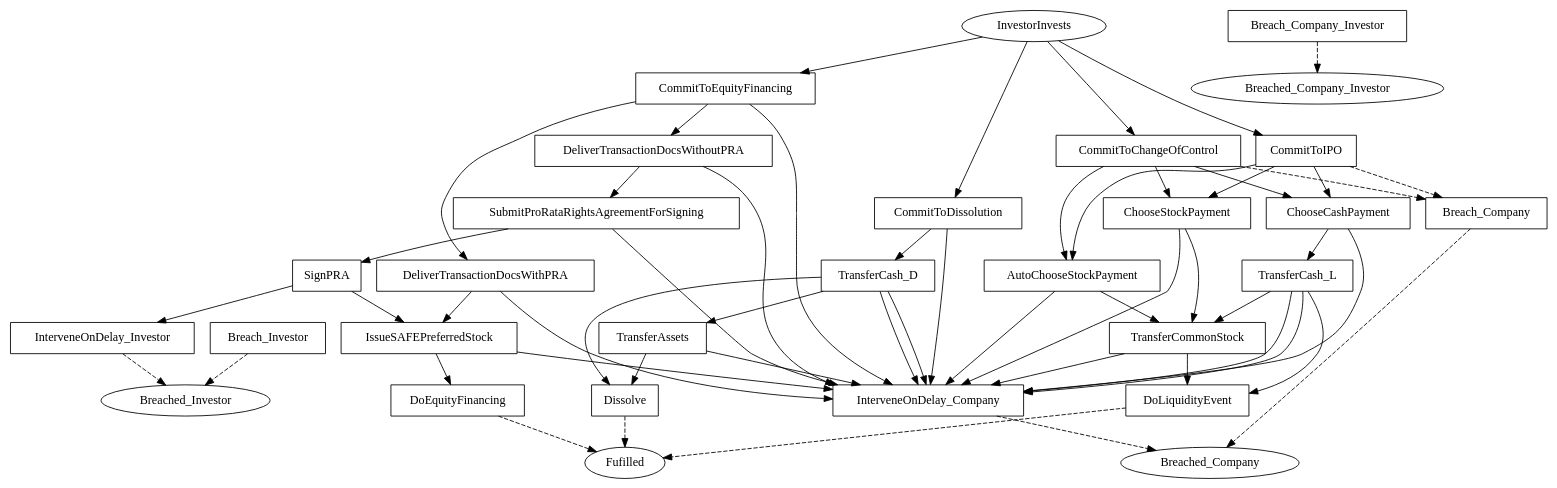
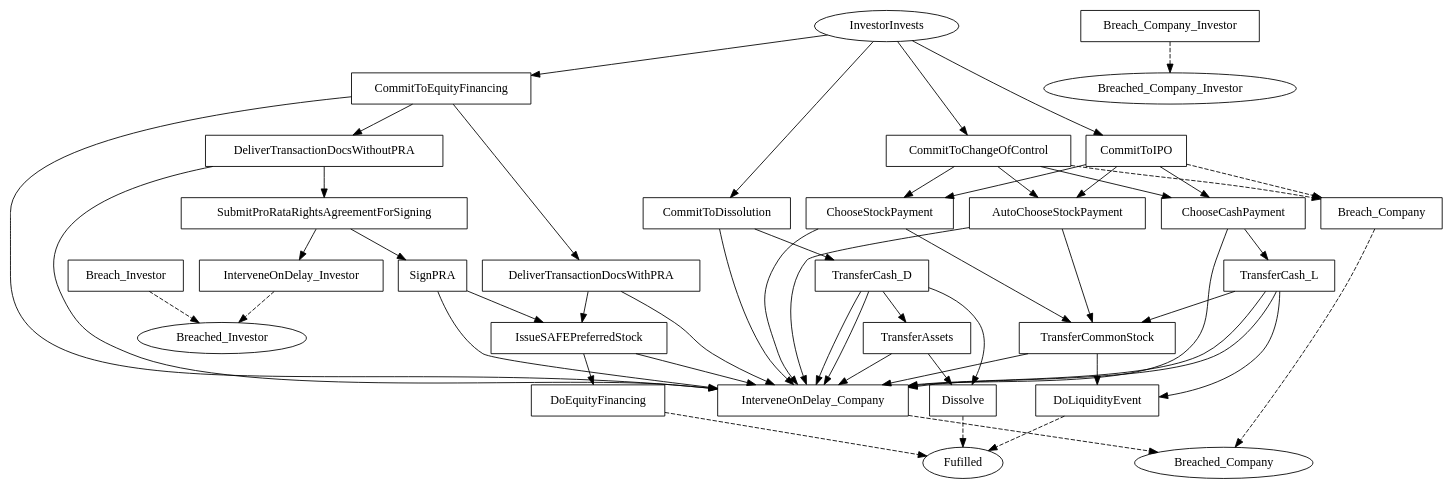
One commit to Marcao02/complaw-deeptech changed the diagram in linear_state_machine_language/pyL4/examples/out_graphviz/serious/SAFE_cap_discount.dot. Above: the diagram before and after it, drawn with Graphviz. The commit also changed 16 other files, not shown here.

```diff
--- a/linear_state_machine_language/pyL4/examples/out_graphviz/serious/SAFE_cap_discount.dot
+++ b/linear_state_machine_language/pyL4/examples/out_graphviz/serious/SAFE_cap_discount.dot
@@ -1,95 +1,95 @@
 // THIS IS A GENERATED FILE. DO NOT EDIT.
 
 digraph SAFE {    
     Fulfilled[label=Fufilled];
     InvestorInvests[label=InvestorInvests];
 	Breached_Investor[label=Breached_Investor];
 	Breached_Company[label=Breached_Company];
 	Breached_Company_Investor[label=Breached_Company_Investor]
     
      
     CommitToEquityFinancing[label=CommitToEquityFinancing,shape=box];
 	DeliverTransactionDocsWithPRA[label=DeliverTransactionDocsWithPRA,shape=box];
 	DeliverTransactionDocsWithoutPRA[label=DeliverTransactionDocsWithoutPRA,shape=box];
 	SubmitProRataRightsAgreementForSigning[label=SubmitProRataRightsAgreementForSigning,shape=box];
 	SignPRA[label=SignPRA,shape=box];
 	IssueSAFEPreferredStock[label=IssueSAFEPreferredStock,shape=box];
 	DoEquityFinancing[label=DoEquityFinancing,shape=box];
 	CommitToIPO[label=CommitToIPO,shape=box];
 	CommitToChangeOfControl[label=CommitToChangeOfControl,shape=box];
 	AutoChooseStockPayment[label=AutoChooseStockPayment,shape=box];
 	ChooseStockPayment[label=ChooseStockPayment,shape=box];
 	TransferCommonStock[label=TransferCommonStock,shape=box];
 	ChooseCashPayment[label=ChooseCashPayment,shape=box];
 	TransferCash_L[label=TransferCash_L,shape=box];
 	DoLiquidityEvent[label=DoLiquidityEvent,shape=box];
 	CommitToDissolution[label=CommitToDissolution,shape=box];
 	TransferCash_D[label=TransferCash_D,shape=box];
 	TransferAssets[label=TransferAssets,shape=box];
 	Dissolve[label=Dissolve,shape=box];
 	Breach_Investor[label=Breach_Investor,shape=box];
 	Breach_Company[label=Breach_Company,shape=box];
 	Breach_Company_Investor[label=Breach_Company_Investor,shape=box];
 	InterveneOnDelay_Investor[label=InterveneOnDelay_Investor,shape=box];
 	InterveneOnDelay_Company[label=InterveneOnDelay_Company,shape=box]    
     
     
     
     InvestorInvests -> CommitToEquityFinancing;
 	InvestorInvests -> CommitToIPO;
 	InvestorInvests -> CommitToChangeOfControl;
 	InvestorInvests -> CommitToDissolution;
 	CommitToEquityFinancing -> DeliverTransactionDocsWithPRA;
 	CommitToEquityFinancing -> DeliverTransactionDocsWithoutPRA;
 	CommitToEquityFinancing -> InterveneOnDelay_Company;
 	DeliverTransactionDocsWithPRA -> IssueSAFEPreferredStock;
 	DeliverTransactionDocsWithPRA -> InterveneOnDelay_Company;
 	DeliverTransactionDocsWithoutPRA -> SubmitProRataRightsAgreementForSigning;
 	DeliverTransactionDocsWithoutPRA -> InterveneOnDelay_Company;
 	SubmitProRataRightsAgreementForSigning -> SignPRA;
-	SubmitProRataRightsAgreementForSigning -> InterveneOnDelay_Company;
+	SubmitProRataRightsAgreementForSigning -> InterveneOnDelay_Investor;
 	SignPRA -> IssueSAFEPreferredStock;
-	SignPRA -> InterveneOnDelay_Investor;
+	SignPRA -> InterveneOnDelay_Company;
 	IssueSAFEPreferredStock -> DoEquityFinancing;
 	IssueSAFEPreferredStock -> InterveneOnDelay_Company;
 	CommitToIPO -> ChooseCashPayment;
 	CommitToIPO -> ChooseStockPayment;
 	CommitToIPO -> AutoChooseStockPayment;
 	CommitToIPO -> Breach_Company [style=dashed];
 	CommitToChangeOfControl -> ChooseCashPayment;
 	CommitToChangeOfControl -> ChooseStockPayment;
 	CommitToChangeOfControl -> AutoChooseStockPayment;
 	CommitToChangeOfControl -> Breach_Company [style=dashed];
 	AutoChooseStockPayment -> TransferCommonStock;
 	AutoChooseStockPayment -> InterveneOnDelay_Company;
 	ChooseStockPayment -> TransferCommonStock;
 	ChooseStockPayment -> InterveneOnDelay_Company;
 	TransferCommonStock -> DoLiquidityEvent;
 	TransferCommonStock -> InterveneOnDelay_Company;
 	ChooseCashPayment -> TransferCash_L;
 	ChooseCashPayment -> InterveneOnDelay_Company;
 	TransferCash_L -> TransferCommonStock;
 	TransferCash_L -> InterveneOnDelay_Company;
 	TransferCash_L -> DoLiquidityEvent;
 	TransferCash_L -> InterveneOnDelay_Company;
 	CommitToDissolution -> TransferCash_D;
 	CommitToDissolution -> InterveneOnDelay_Company;
 	TransferCash_D -> TransferAssets;
 	TransferCash_D -> InterveneOnDelay_Company;
 	TransferCash_D -> Dissolve;
 	TransferCash_D -> InterveneOnDelay_Company;
 	TransferAssets -> Dissolve;
 	TransferAssets -> InterveneOnDelay_Company
     
     DoEquityFinancing -> Fulfilled [style=dashed];
 	DoLiquidityEvent -> Fulfilled [style=dashed];
 	Dissolve -> Fulfilled [style=dashed];
 	Breach_Investor -> Breached_Investor [style=dashed];
 	Breach_Company -> Breached_Company [style=dashed];
 	Breach_Company_Investor -> Breached_Company_Investor [style=dashed];
 	InterveneOnDelay_Investor -> Breached_Investor [style=dashed];
 	InterveneOnDelay_Company -> Breached_Company [style=dashed];
 	     
     
        
 }
```
